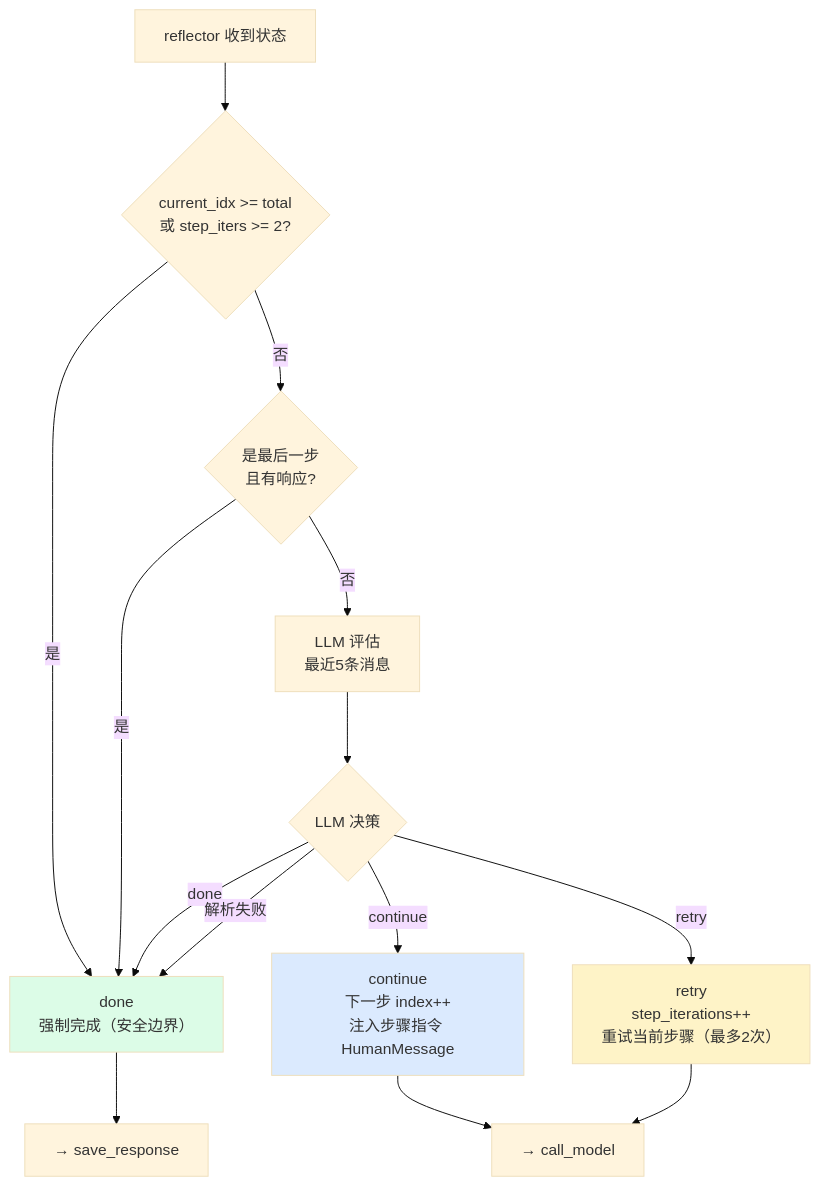
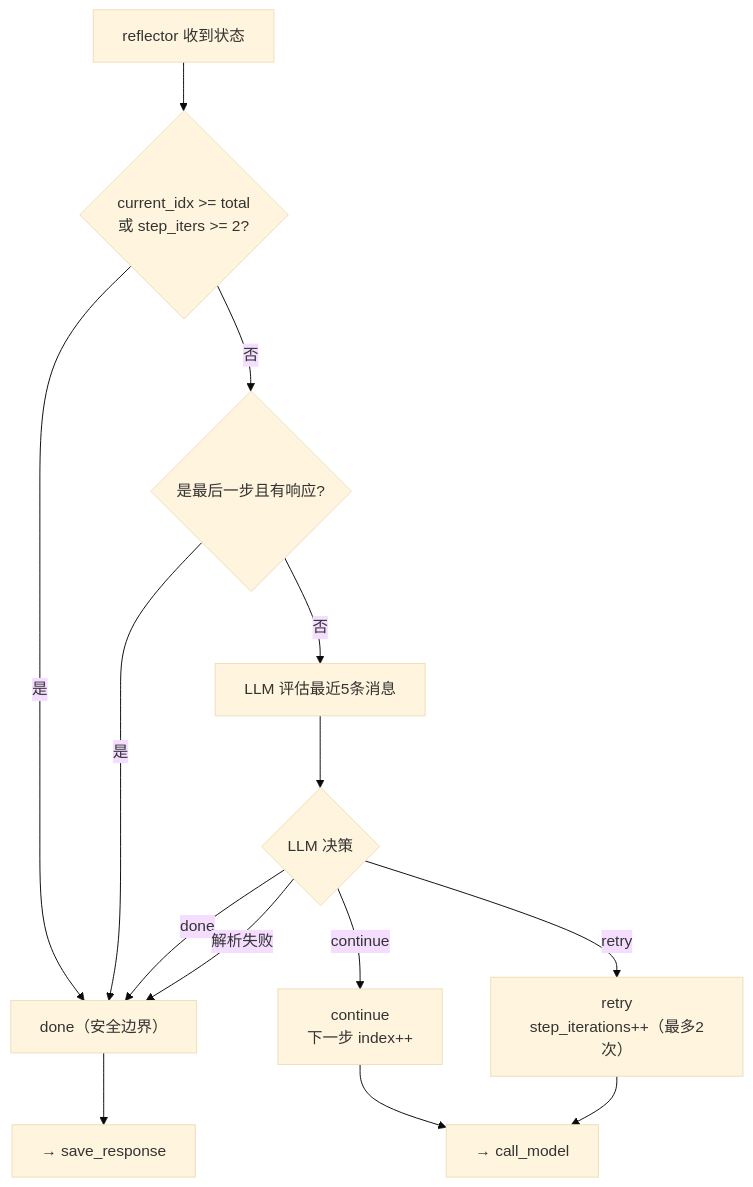
Before and after one commit to toolclub/wechat: diagram 13 of 13 in llm-chat/backend/README.md, drawn with Mermaid (base theme). The commit also changed other lines of this file and 38 other files, not shown here.

````diff
--- a/llm-chat/backend/README.md
+++ b/llm-chat/backend/README.md
@@ -561,27 +445,23 @@
 ```mermaid
 flowchart TD
     IN["reflector 收到状态"]
     A{"current_idx >= total\n或 step_iters >= 2?"}
-    B{"是最后一步\n且有响应?"}
-    C["LLM 评估\n最近5条消息"]
+    B{"是最后一步且有响应?"}
+    C["LLM 评估最近5条消息"]
     D{"LLM 决策"}
 
     IN --> A
-    A -->|是| DONE["done\n强制完成（安全边界）"]
+    A -->|是| DONE["done（安全边界）"]
     A -->|否| B
     B -->|是| DONE
     B -->|否| C
     C --> D
     D -->|done| DONE
-    D -->|continue| CONT["continue\n下一步 index++\n注入步骤指令 HumanMessage"]
-    D -->|retry| RETRY["retry\nstep_iterations++\n重试当前步骤（最多2次）"]
+    D -->|continue| CONT["continue\n下一步 index++"]
+    D -->|retry| RETRY["retry\nstep_iterations++（最多2次）"]
     D -->|解析失败| DONE
 
     DONE --> SR["→ save_response"]
     CONT --> CM2["→ call_model"]
     RETRY --> CM2
-
-    style DONE fill:#dcfce7
-    style CONT fill:#dbeafe
-    style RETRY fill:#fef3c7
 ```
````
